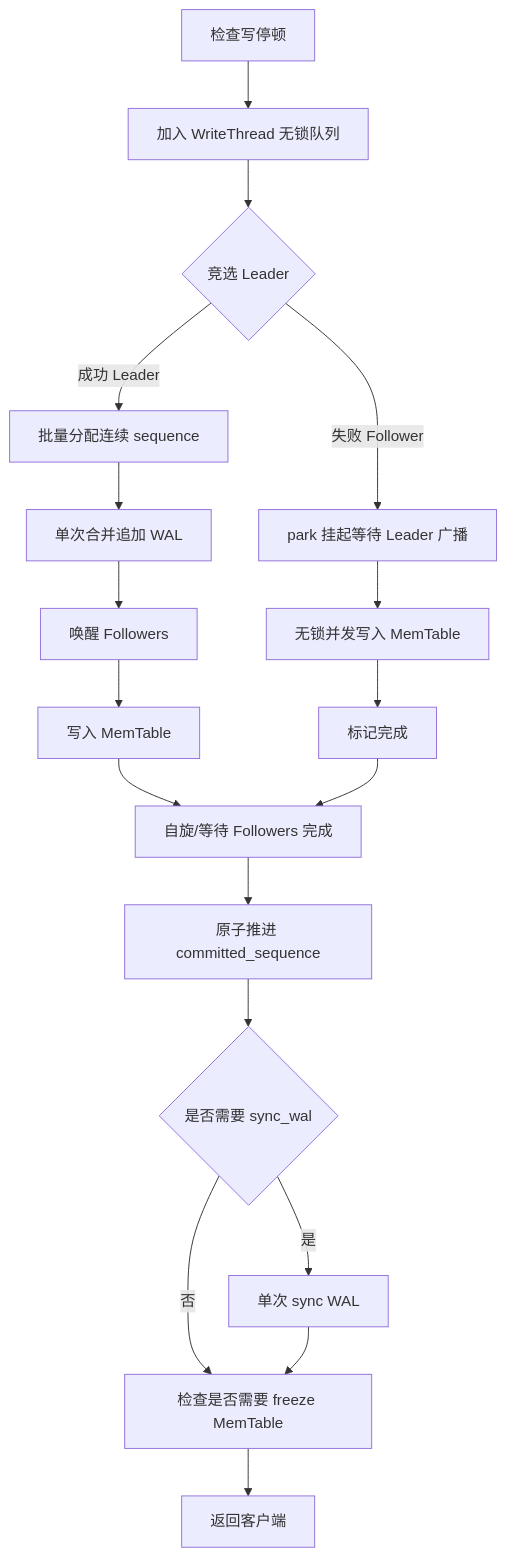
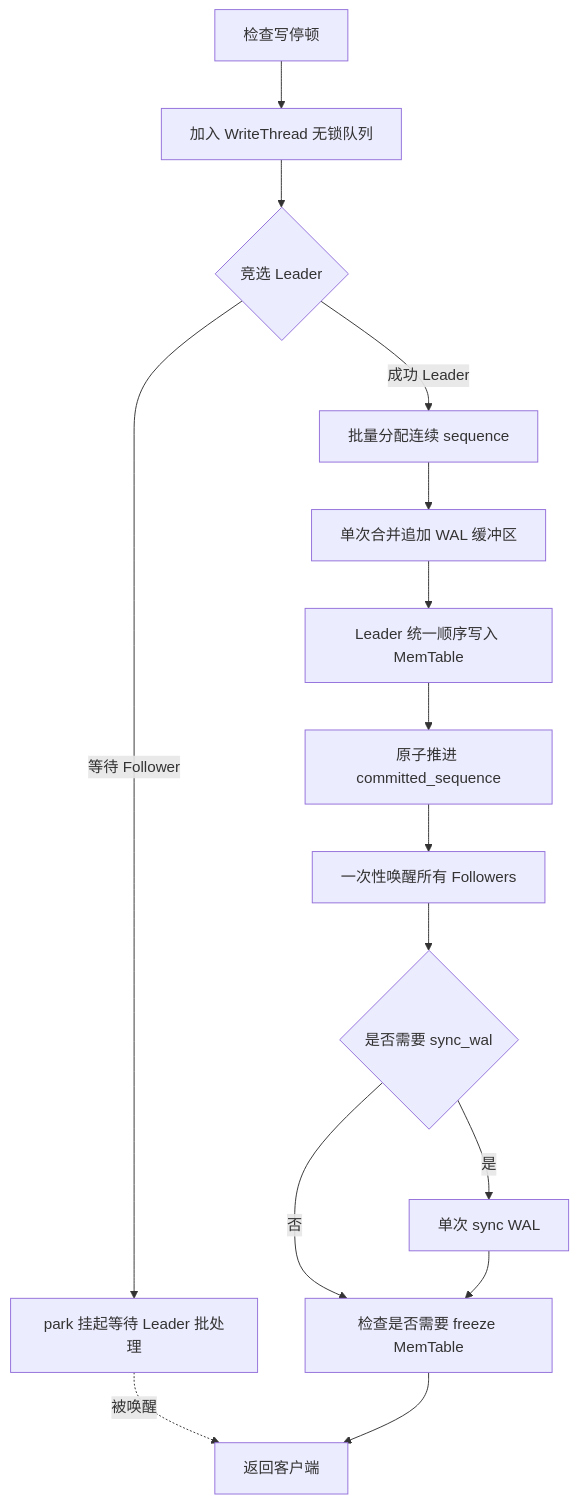
Before and after one commit to wiqun/AiDb: the first of 2 diagrams in docs/modules/01-engine.md, drawn with Mermaid. The commit also changed other lines of this file and 9 other files, not shown here.

````diff
--- a/docs/modules/01-engine.md
+++ b/docs/modules/01-engine.md
@@ -62,20 +62,17 @@
 ```mermaid
 flowchart TD
     W[检查写停顿] --> Q[加入 WriteThread 无锁队列]
     Q --> E{竞选 Leader}
     E -->|成功 Leader| L1[批量分配连续 sequence]
-    L1 --> L2[单次合并追加 WAL]
-    L2 --> L3[唤醒 Followers]
-    E -->|失败 Follower| P[park 挂起等待 Leader 广播]
-    P --> M2[无锁并发写入 MemTable]
-    L3 --> M1[写入 MemTable]
-    M1 --> D1[自旋/等待 Followers 完成]
-    M2 --> D2[标记完成]
-    D2 --> D1
-    D1 --> C[原子推进 committed_sequence]
-    C --> S{是否需要 sync_wal}
+    L1 --> L2[单次合并追加 WAL 缓冲区]
+    L2 --> L3[Leader 统一顺序写入 MemTable]
+    E -->|等待 Follower| P[park 挂起等待 Leader 批处理]
+    L3 --> C[原子推进 committed_sequence]
+    C --> U[一次性唤醒所有 Followers]
+    P -.->|被唤醒| R
+    U --> S{是否需要 sync_wal}
     S -->|是| SY[单次 sync WAL]
     S -->|否| F[检查是否需要 freeze MemTable]
     SY --> F
     F --> R[返回客户端]
 ```
````
